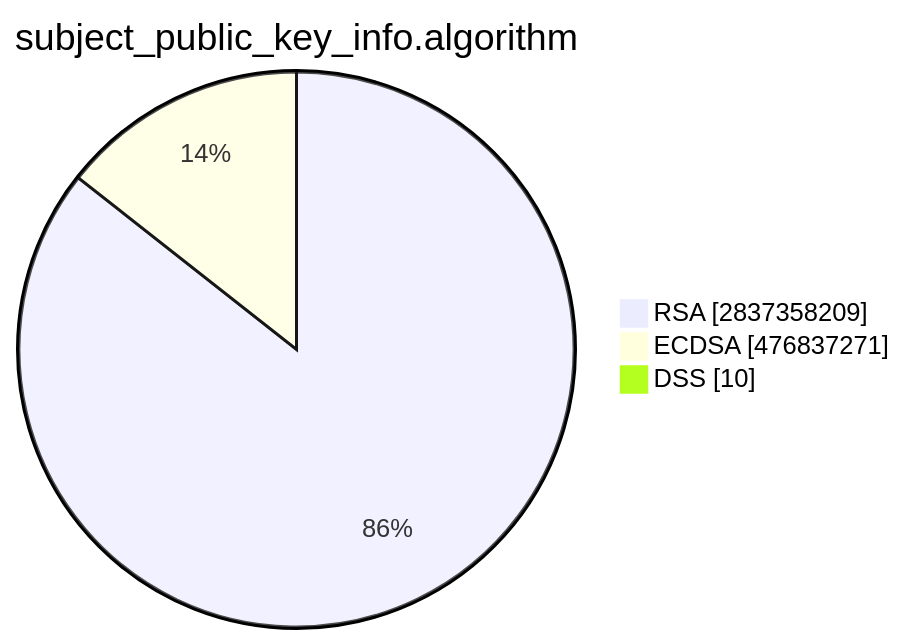
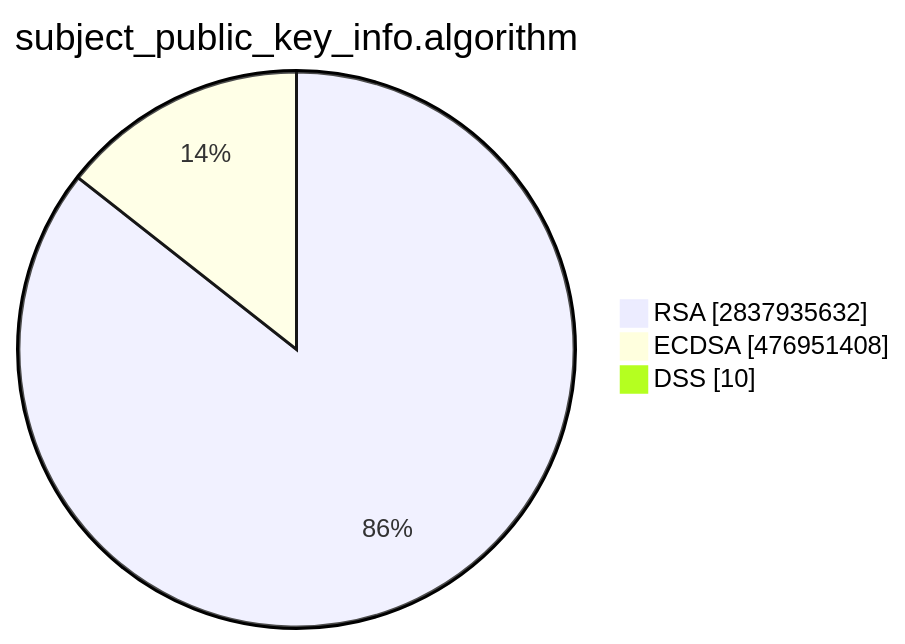
One commit to christiankrug/ctmonitor_visualization changed the second of 15 diagrams in TOTAL/README.md. Above: the diagram before and after it, drawn with Mermaid. The commit also changed other lines of this file, not shown here.

````diff
--- a/TOTAL/README.md
+++ b/TOTAL/README.md
@@ -6,7 +6,7 @@
 ```mermaid
 pie showData
 title subject_public_key_info.algorithm
-"RSA" :2837358209
-"ECDSA" :476837271
+"RSA" :2837935632
+"ECDSA" :476951408
 "DSS" :10
 ```
````
